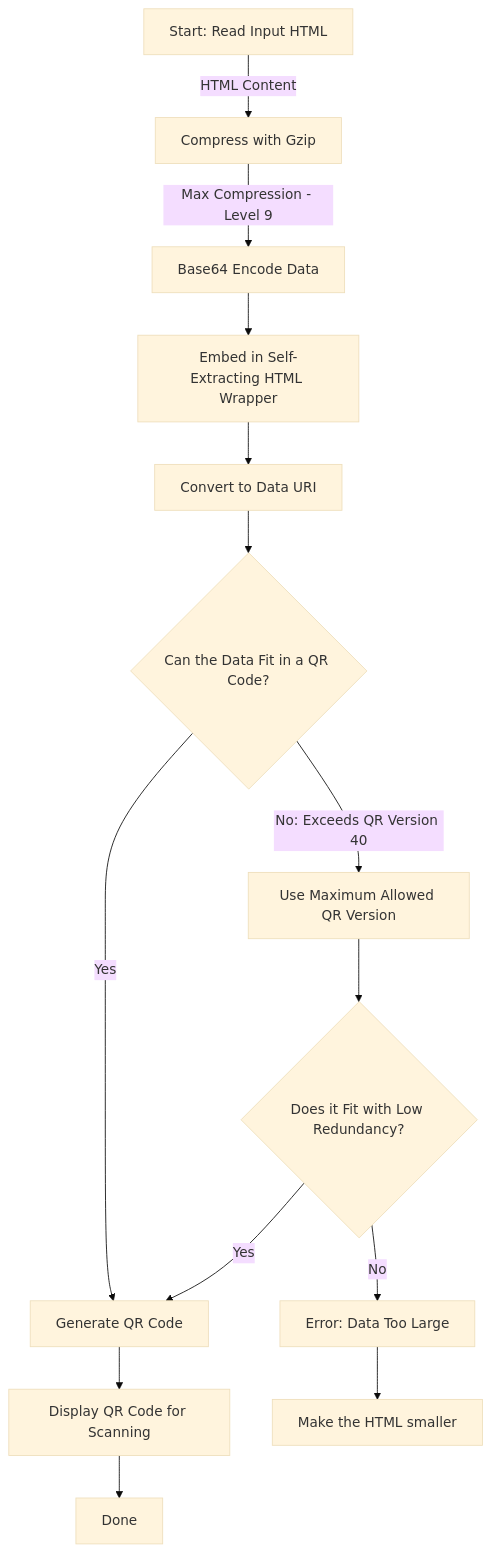
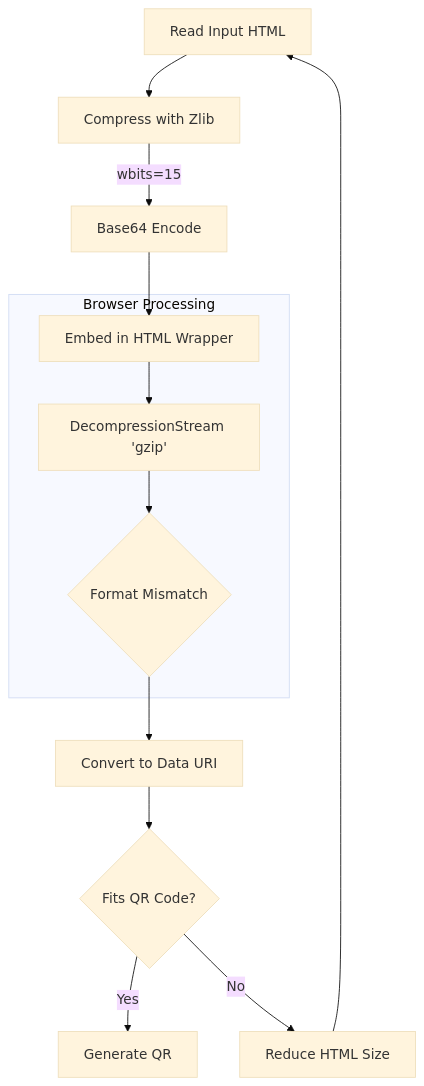
Before and after one commit to Kuberwastaken/backdooms: the diagram in readme.md, drawn with Mermaid (base theme). The commit also changed other lines of this file and 4 other files, not shown here.

Commit message:
Made the Game better by using a more effecient compression workflow with Zlib + Gzip

````diff
--- a/readme.md
+++ b/readme.md
@@ -84,16 +84,17 @@
 ```mermaid
 flowchart TD
-  A[Start: Read Input HTML] -->|HTML Content| B[Compress with Gzip]
-  B -->|Max Compression - Level 9| C[Base64 Encode Data]
-  C --> D[Embed in Self-Extracting HTML Wrapper]
-  D --> E[Convert to Data URI]
-  E --> F{Can the Data Fit in a QR Code?}
-  F -->|Yes| G[Generate QR Code]
-  F -->|No: Exceeds QR Version 40| H[Use Maximum Allowed QR Version]
-  H --> I{Does it Fit with Low Redundancy?}
-  I -->|Yes| G
-  I -->|No| J[Error: Data Too Large]
-  J --> M[Make the HTML smaller]
-  G --> K[Display QR Code for Scanning]
-  K --> L[Done]
-```
+    A[Read Input HTML] --> B[Compress with Zlib]
+    B -->|wbits=15| C[Base64 Encode]
+    C --> D[Embed in HTML Wrapper]
+    
+    subgraph browser[Browser Processing]
+        D --> E[DecompressionStream 'gzip']
+        E --> F{Format Mismatch}
+    end
+    
+    F --> G[Convert to Data URI]
+    G --> H{Fits QR Code?}
+    H -->|Yes| I[Generate QR]
+    H -->|No| J[Reduce HTML Size]
+    J --> A
+```    
````
